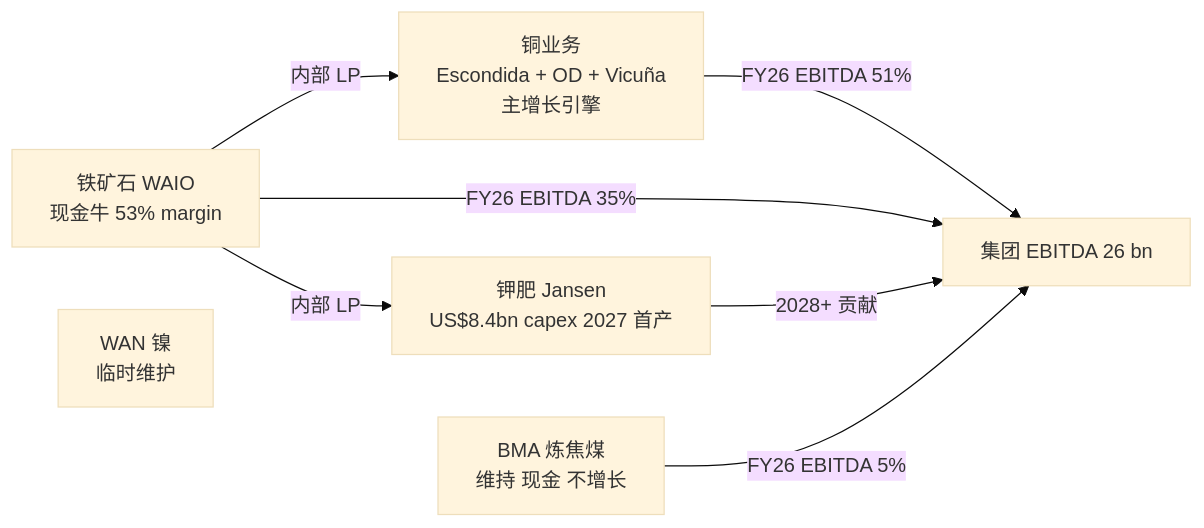
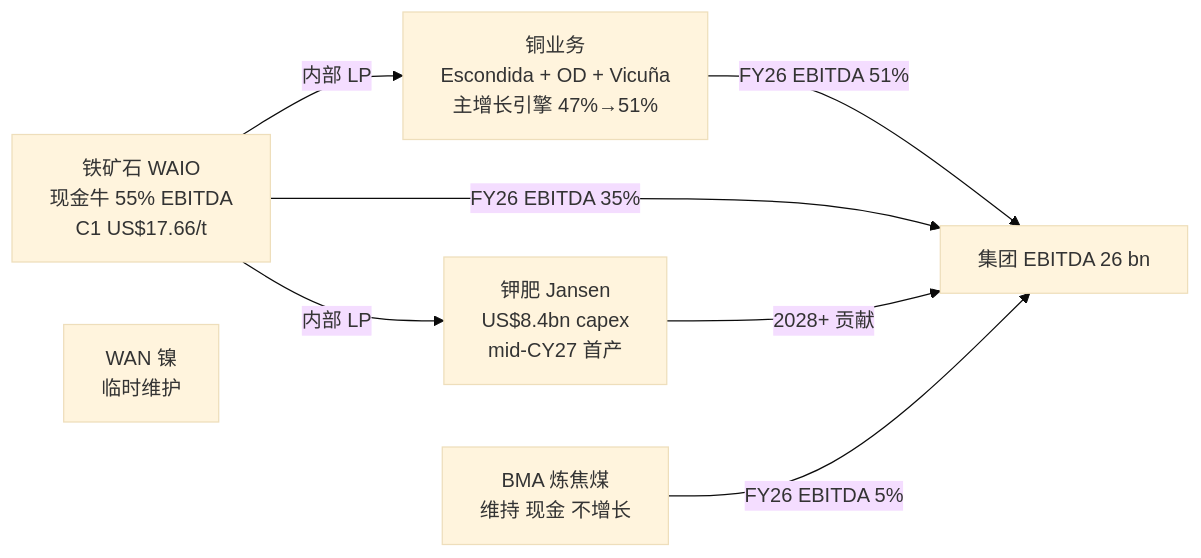
One commit to dadachundan/financial_agent changed the third of 5 diagrams in reports/company/BHP_NYSE_BHP/BHP_NYSE_BHP_公司研究.md. Above: the diagram before and after it, drawn with Mermaid (base theme). The commit also changed other lines of this file and 10 other files, not shown here.

First line of the commit message:
feat(company-research): refresh BHP (BHP) to current spec — decision layer + 10 SVG charts

````diff
--- a/reports/company/BHP_NYSE_BHP/BHP_NYSE_BHP_公司研究.md
+++ b/reports/company/BHP_NYSE_BHP/BHP_NYSE_BHP_公司研究.md
@@ -168,11 +750,11 @@
 ```mermaid
 graph LR
-  IronOre[铁矿石 WAIO<br/>现金牛 53% margin] -->|内部 LP| Copper[铜业务<br/>Escondida + OD + Vicuña<br/>主增长引擎]
-  IronOre -->|内部 LP| Potash[钾肥 Jansen<br/>US$8.4bn capex 2027 首产]
+  IronOre[铁矿石 WAIO<br/>现金牛 55% EBITDA<br/>C1 US$17.66/t] -->|内部 LP| Copper[铜业务<br/>Escondida + OD + Vicuña<br/>主增长引擎 47%→51%]
+  IronOre -->|内部 LP| Potash[钾肥 Jansen<br/>US$8.4bn capex<br/>mid-CY27 首产]
   Coal[BMA 炼焦煤<br/>维持 现金 不增长]
   Nickel[WAN 镍<br/>临时维护]
   Copper -->|FY26 EBITDA 51%| EBITDA[集团 EBITDA 26 bn]
   IronOre -->|FY26 EBITDA 35%| EBITDA
   Potash -->|2028+ 贡献| EBITDA
   Coal -->|FY26 EBITDA 5%| EBITDA
 ```
````
